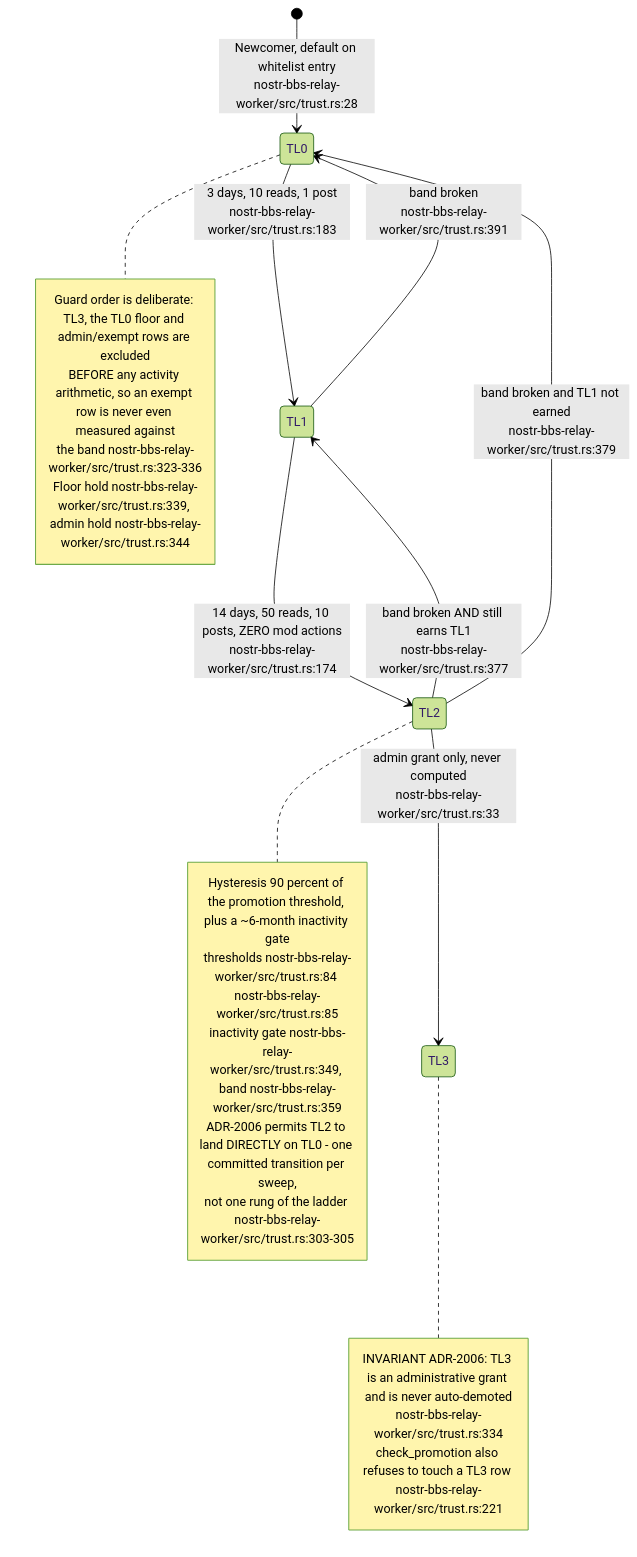
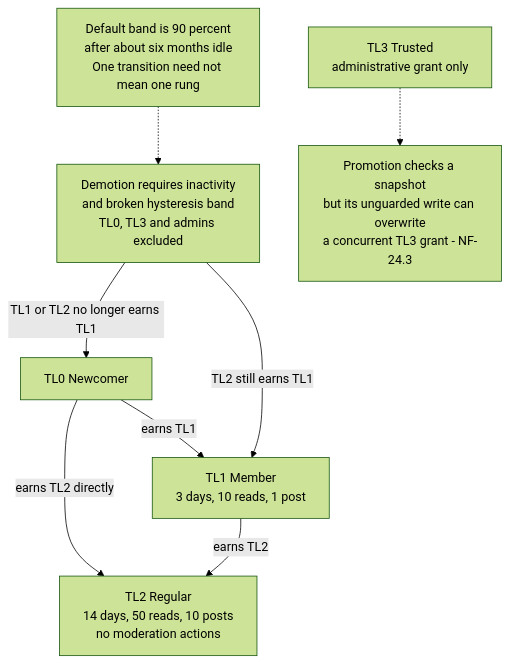
Before and after one commit to DreamLab-AI/VisionFlow: the eighth of 14 diagrams in docs/diagrams/nostr-rust-forum/03-relay-worker-admission-auth-and-trust.md, drawn with Mermaid (forest theme). The commit also changed other lines of this file and 50 other files, not shown here.

Commit message:
docs(audit): assess trust sweep fairness and promotion transactions

````diff
--- a/docs/diagrams/nostr-rust-forum/03-relay-worker-admission-auth-and-trust.md
+++ b/docs/diagrams/nostr-rust-forum/03-relay-worker-admission-auth-and-trust.md
@@ -234,29 +235,24 @@
 ```mermaid
-stateDiagram-v2
-    [*] --> TL0: Newcomer, default on whitelist entry<br/>nostr-bbs-relay-worker/src/trust.rs:28
-    TL0 --> TL1: 3 days, 10 reads, 1 post<br/>nostr-bbs-relay-worker/src/trust.rs:183
-    TL1 --> TL2: 14 days, 50 reads, 10 posts, ZERO mod actions<br/>nostr-bbs-relay-worker/src/trust.rs:174
-    TL2 --> TL3: admin grant only, never computed<br/>nostr-bbs-relay-worker/src/trust.rs:33
-    TL2 --> TL1: band broken AND still earns TL1<br/>nostr-bbs-relay-worker/src/trust.rs:377
-    TL2 --> TL0: band broken and TL1 not earned<br/>nostr-bbs-relay-worker/src/trust.rs:379
-    TL1 --> TL0: band broken<br/>nostr-bbs-relay-worker/src/trust.rs:391
-
-    note right of TL3
-        INVARIANT ADR-2006: TL3 is an administrative grant and is never auto-demoted
-        nostr-bbs-relay-worker/src/trust.rs:334
-        check_promotion also refuses to touch a TL3 row nostr-bbs-relay-worker/src/trust.rs:221
-    end note
-    note right of TL0
-        Guard order is deliberate: TL3, the TL0 floor and admin/exempt rows are excluded
-        BEFORE any activity arithmetic, so an exempt row is never even measured against
-        the band nostr-bbs-relay-worker/src/trust.rs:323-336
-        Floor hold nostr-bbs-relay-worker/src/trust.rs:339, admin hold nostr-bbs-relay-worker/src/trust.rs:344
-    end note
-    note right of TL2
-        Hysteresis 90 percent of the promotion threshold, plus a ~6-month inactivity gate
-        thresholds nostr-bbs-relay-worker/src/trust.rs:84 nostr-bbs-relay-worker/src/trust.rs:85
-        inactivity gate nostr-bbs-relay-worker/src/trust.rs:349, band nostr-bbs-relay-worker/src/trust.rs:359
-        ADR-2006 permits TL2 to land DIRECTLY on TL0 - one committed transition per sweep,
-        not one rung of the ladder nostr-bbs-relay-worker/src/trust.rs:303-305
-    end note
+flowchart TB
+    %% Source: ../nostr-rust-forum/crates/nostr-bbs-relay-worker/src/trust.rs:28
+    TL0["TL0 Newcomer"]
+    %% Source: ../nostr-rust-forum/crates/nostr-bbs-relay-worker/src/trust.rs:183
+    TL1["TL1 Member<br/>3 days, 10 reads, 1 post"]
+    %% Source: ../nostr-rust-forum/crates/nostr-bbs-relay-worker/src/trust.rs:174
+    TL2["TL2 Regular<br/>14 days, 50 reads, 10 posts<br/>no moderation actions"]
+    %% Source: ../nostr-rust-forum/crates/nostr-bbs-relay-worker/src/trust.rs:33
+    TL3["TL3 Trusted<br/>administrative grant only"]
+    TL0 -->|earns TL1| TL1
+    TL0 -->|earns TL2 directly| TL2
+    TL1 -->|earns TL2| TL2
+    %% Source: ../nostr-rust-forum/crates/nostr-bbs-relay-worker/src/trust.rs:349
+    G["Demotion requires inactivity<br/>and broken hysteresis band<br/>TL0, TL3 and admins excluded"]
+    G -->|TL2 still earns TL1| TL1
+    G -->|TL1 or TL2 no longer earns TL1| TL0
+    %% Source: ../nostr-rust-forum/crates/nostr-bbs-relay-worker/src/trust.rs:84
+    H["Default band is 90 percent<br/>after about six months idle<br/>One transition need not mean one rung"]
+    H -.-> G
+    %% Source: ../nostr-rust-forum/crates/nostr-bbs-relay-worker/src/trust.rs:238
+    R["Promotion checks a snapshot<br/>but its unguarded write can overwrite<br/>a concurrent TL3 grant - NF-24.3"]
+    TL3 -.-> R
 ```
````
